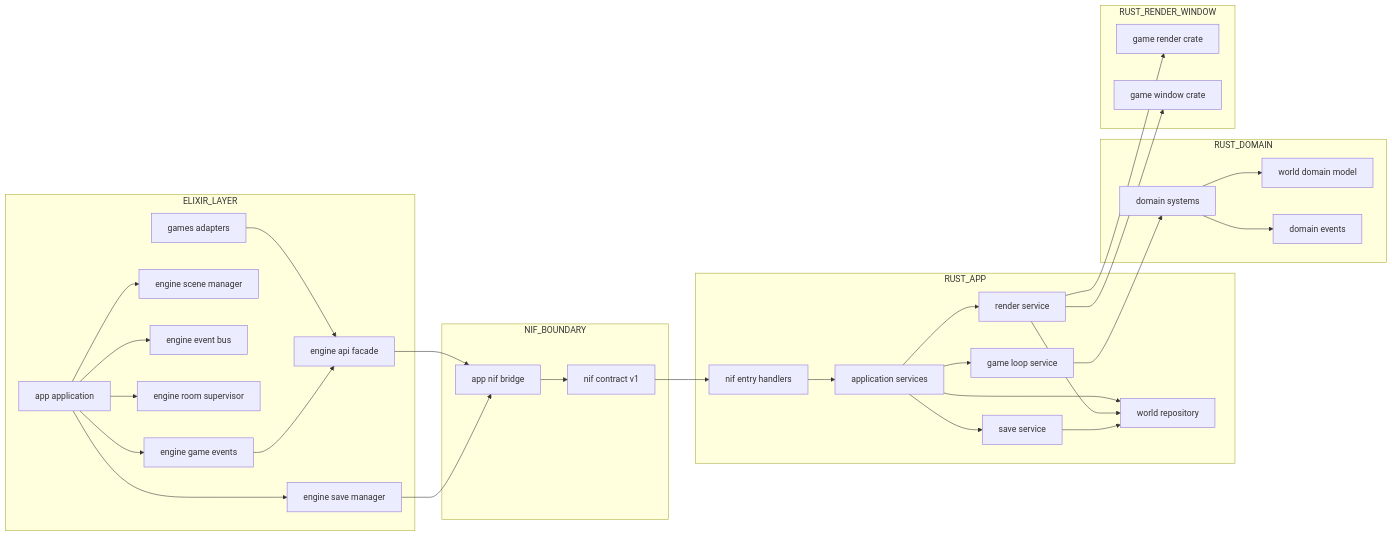
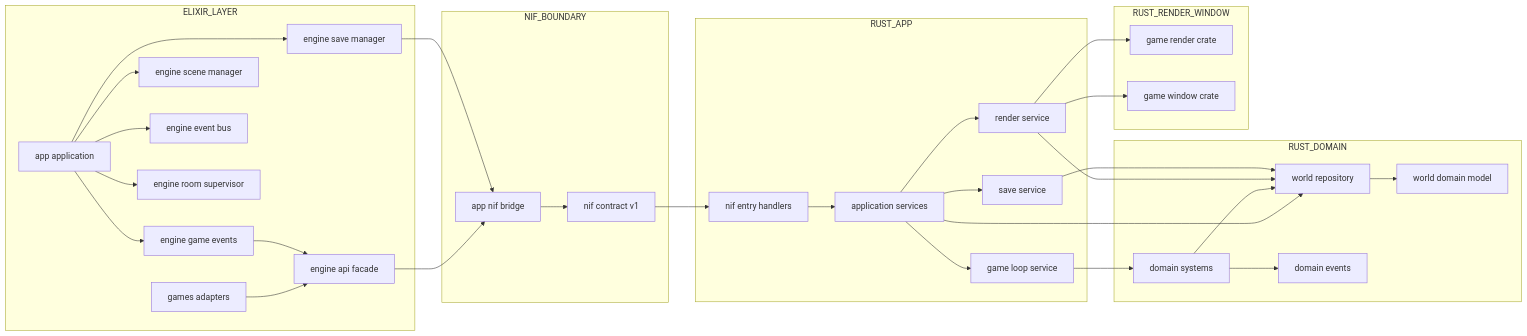
The first of 3 diagrams in docs/06_system_design/ARCHITECTURE_IMPROVEMENT.md (FRICK-ELDY/elixir_rust), drawn with Mermaid before and after one commit.

Commit message:
ai check

````diff
--- a/docs/06_system_design/ARCHITECTURE_IMPROVEMENT.md
+++ b/docs/06_system_design/ARCHITECTURE_IMPROVEMENT.md
@@ -22,68 +22,69 @@
 ```mermaid
 flowchart LR
   subgraph ELIXIR_LAYER
     app_application[app application]
     engine_api[engine api facade]
     game_events[engine game events]
     scene_manager[engine scene manager]
     event_bus[engine event bus]
     room_supervisor[engine room supervisor]
     save_manager[engine save manager]
     game_modules[games adapters]
   end
 
   subgraph NIF_BOUNDARY
     nif_bridge[app nif bridge]
     contract_v1[nif contract v1]
   end
 
   subgraph RUST_APP
     nif_entry[nif entry handlers]
     app_services[application services]
-    world_repo[world repository]
     loop_service[game loop service]
     render_service[render service]
     save_service[save service]
   end
 
   subgraph RUST_DOMAIN
+    world_repo[world repository]
     domain_world[world domain model]
     domain_systems[domain systems]
     domain_events[domain events]
   end
 
   subgraph RUST_RENDER_WINDOW
     game_render[game render crate]
     game_window[game window crate]
   end
 
   app_application --> game_events
   app_application --> scene_manager
   app_application --> room_supervisor
   app_application --> event_bus
   app_application --> save_manager
 
   game_modules --> engine_api
   game_events --> engine_api
   engine_api --> nif_bridge
   save_manager --> nif_bridge
 
   nif_bridge --> contract_v1
   contract_v1 --> nif_entry
 
   nif_entry --> app_services
   app_services --> world_repo
   app_services --> loop_service
   app_services --> render_service
   app_services --> save_service
 
   loop_service --> domain_systems
-  domain_systems --> domain_world
+  domain_systems --> world_repo
   domain_systems --> domain_events
+  world_repo --> domain_world
 
   render_service --> world_repo
   render_service --> game_render
   render_service --> game_window
 
   save_service --> world_repo
 ```
````
